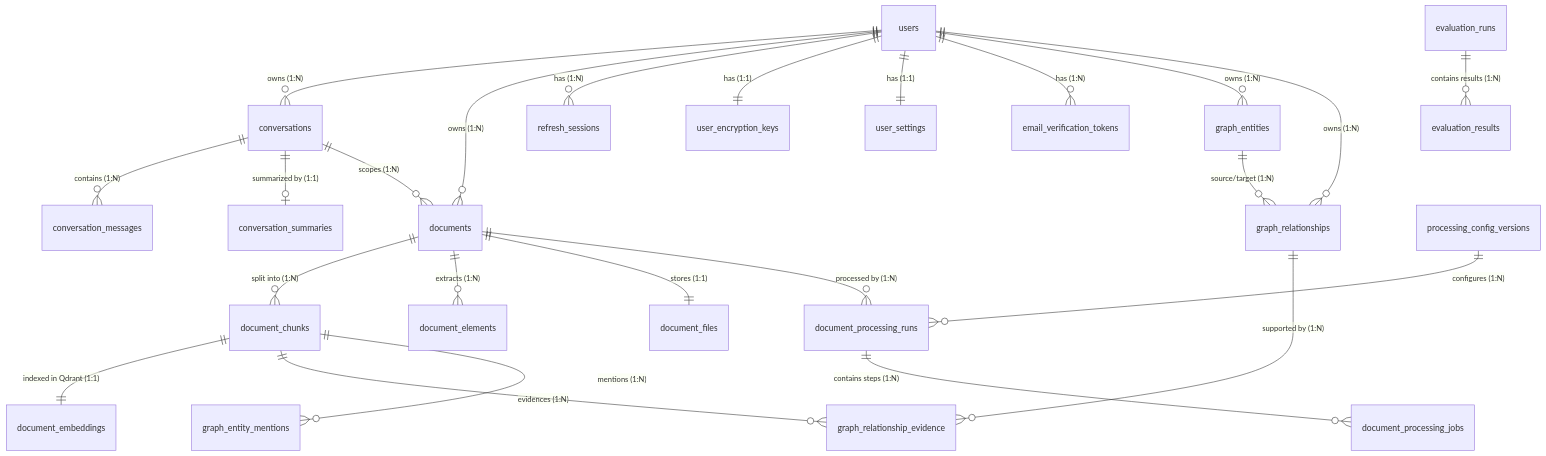
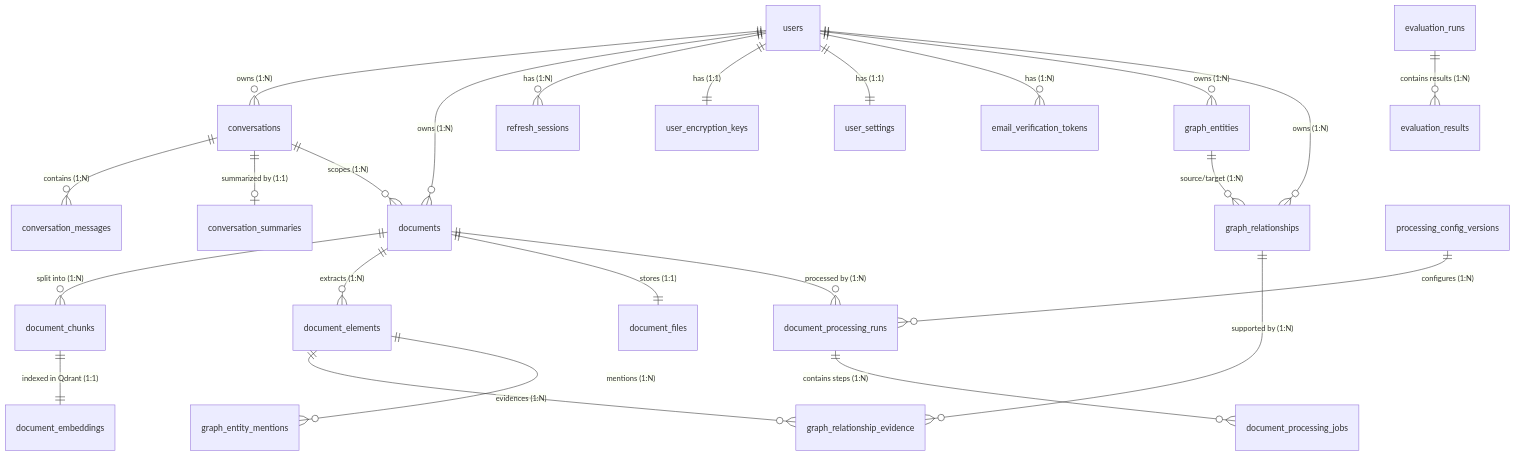
The eighth of 13 diagrams in reverse_engineering.md (Satya-Naraharisetty/FusionRAG), drawn with Mermaid before and after one commit. The commit also changed other lines of this file, not shown here.

Commit message:
docs: update architecture documentation to include transactional email, idempotency logic, schema constraints, and tool definitions.

````diff
--- a/reverse_engineering.md
+++ b/reverse_engineering.md
@@ -872,32 +877,32 @@
 ```mermaid
 erDiagram
     users ||--o{ conversations : "owns (1:N)"
     users ||--o{ documents : "owns (1:N)"
     users ||--o{ refresh_sessions : "has (1:N)"
     users ||--|| user_encryption_keys : "has (1:1)"
     users ||--|| user_settings : "has (1:1)"
     users ||--o{ email_verification_tokens : "has (1:N)"
     users ||--o{ graph_entities : "owns (1:N)"
     users ||--o{ graph_relationships : "owns (1:N)"
     
     conversations ||--o{ conversation_messages : "contains (1:N)"
     conversations ||--o| conversation_summaries : "summarized by (1:1)"
     conversations ||--o{ documents : "scopes (1:N)"
     
     documents ||--o{ document_chunks : "split into (1:N)"
     documents ||--o{ document_elements : "extracts (1:N)"
     documents ||--|| document_files : "stores (1:1)"
     documents ||--o{ document_processing_runs : "processed by (1:N)"
     
     document_processing_runs ||--o{ document_processing_jobs : "contains steps (1:N)"
     processing_config_versions ||--o{ document_processing_runs : "configures (1:N)"
     
     document_chunks ||--|| document_embeddings : "indexed in Qdrant (1:1)"
-    document_chunks ||--o{ graph_relationship_evidence : "evidences (1:N)"
-    document_chunks ||--o{ graph_entity_mentions : "mentions (1:N)"
+    document_elements ||--o{ graph_relationship_evidence : "evidences (1:N)"
+    document_elements ||--o{ graph_entity_mentions : "mentions (1:N)"
     
     graph_entities ||--o{ graph_relationships : "source/target (1:N)"
     graph_relationships ||--o{ graph_relationship_evidence : "supported by (1:N)"
     
     evaluation_runs ||--o{ evaluation_results : "contains results (1:N)"
 ```
````
